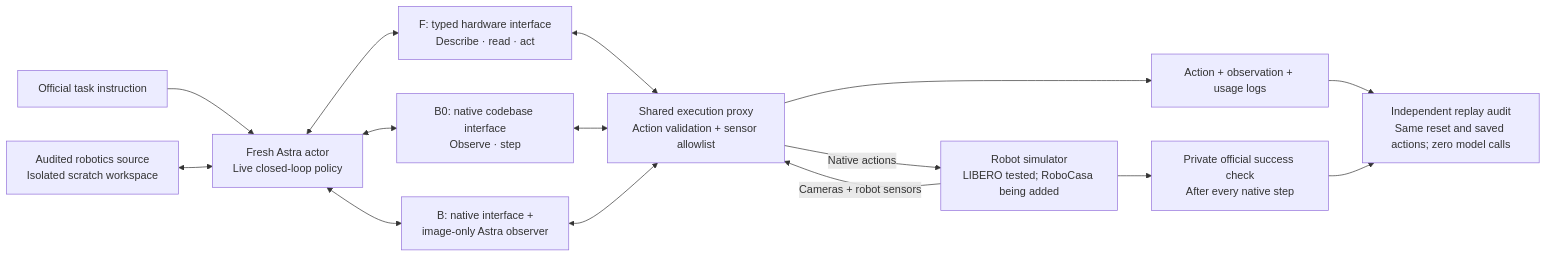
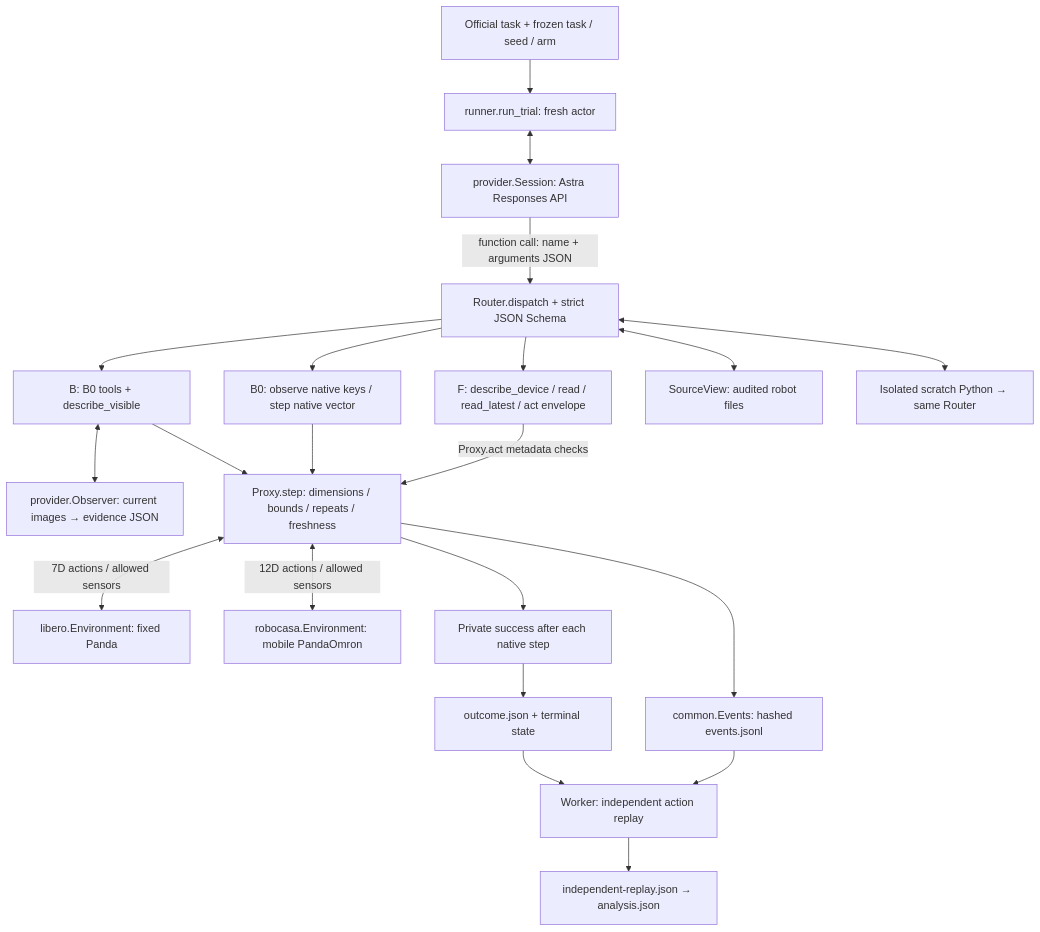
The diagram in experiments/robocasa_hardware_interface/figures/framework.mmd (GaTech-RL2/EgoVerse), drawn with Mermaid before and after one commit. The commit also changed 13 other files, not shown here.

Commit message:
Document hardware JSON contracts and fix RoboCasa package snapshot

```diff
--- a/experiments/robocasa_hardware_interface/figures/framework.mmd
+++ b/experiments/robocasa_hardware_interface/figures/framework.mmd
@@ -1,15 +1,21 @@
-flowchart LR
-    Task[Official task instruction] --> Actor[Fresh Astra actor\nLive closed-loop policy]
-    Source[Audited robotics source\nIsolated scratch workspace] <--> Actor
-    Actor <--> F[F: typed hardware interface\nDescribe · read · act]
-    Actor <--> B0[B0: native codebase interface\nObserve · step]
-    Actor <--> B[B: native interface +\nimage-only Astra observer]
-    F <--> Proxy[Shared execution proxy\nAction validation + sensor allowlist]
-    B0 <--> Proxy
-    B <--> Proxy
-    Proxy -->|Native actions| Sim[Robot simulator\nLIBERO tested; RoboCasa being added]
-    Sim -->|Cameras + robot sensors| Proxy
-    Sim --> Evaluator[Private official success check\nAfter every native step]
-    Proxy --> Log[Action + observation + usage logs]
-    Log --> Replay[Independent replay audit\nSame reset and saved actions; zero model calls]
-    Evaluator --> Replay
+flowchart TD
+  task[Official task + frozen task / seed / arm] --> run[runner.run_trial: fresh actor]
+  run <--> session[provider.Session: Astra Responses API]
+  session -->|function call: name + arguments JSON| router[Router.dispatch + strict JSON Schema]
+  router --> F[F: describe_device / read / read_latest / act envelope]
+  router --> B0[B0: observe native keys / step native vector]
+  router --> B[B: B0 tools + describe_visible]
+  B <--> obs[provider.Observer: current images → evidence JSON]
+  router <--> src[SourceView: audited robot files]
+  router <--> scratch[Isolated scratch Python → same Router]
+  F -->|Proxy.act metadata checks| proxy[Proxy.step: dimensions / bounds / repeats / freshness]
+  B0 --> proxy
+  B --> proxy
+  proxy <-->|7D actions / allowed sensors| lib[libero.Environment: fixed Panda]
+  proxy <-->|12D actions / allowed sensors| casa[robocasa.Environment: mobile PandaOmron]
+  proxy --> eval[Private success after each native step]
+  proxy --> events[common.Events: hashed events.jsonl]
+  eval --> outcome[outcome.json + terminal state]
+  events --> replay[Worker: independent action replay]
+  outcome --> replay
+  replay --> analysis[independent-replay.json → analysis.json]
```
